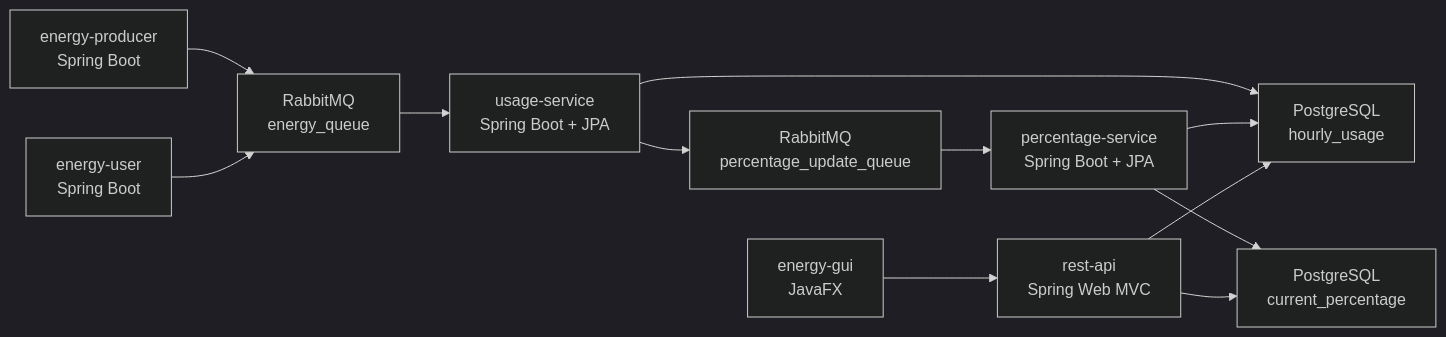
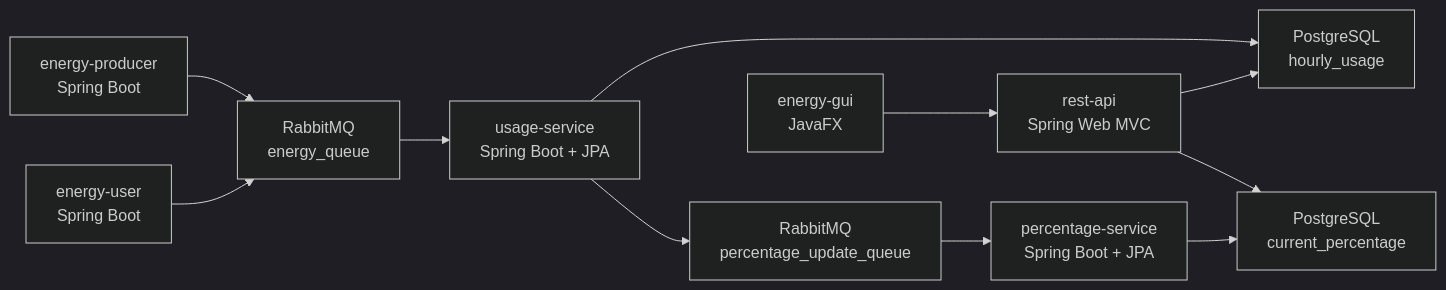
One commit to Dev02Liu/energy_community_project changed the diagram in docs/documentation-overview.md. Above: the diagram before and after it, drawn with Mermaid (dark theme). The commit also changed 16 other files, not shown here.

````diff
--- a/docs/documentation-overview.md
+++ b/docs/documentation-overview.md
@@ -7,25 +7,24 @@
 ```mermaid
 flowchart LR
     Producer["energy-producer<br/>Spring Boot"]
     User["energy-user<br/>Spring Boot"]
     EnergyQueue["RabbitMQ<br/>energy_queue"]
     Usage["usage-service<br/>Spring Boot + JPA"]
     UsageTable["PostgreSQL<br/>hourly_usage"]
     UpdateQueue["RabbitMQ<br/>percentage_update_queue"]
     Percentage["percentage-service<br/>Spring Boot + JPA"]
     PercentageTable["PostgreSQL<br/>current_percentage"]
     Api["rest-api<br/>Spring Web MVC"]
     Gui["energy-gui<br/>JavaFX"]
 
     Producer --> EnergyQueue
     User --> EnergyQueue
     EnergyQueue --> Usage
     Usage --> UsageTable
     Usage --> UpdateQueue
     UpdateQueue --> Percentage
-    Percentage --> UsageTable
     Percentage --> PercentageTable
     Api --> UsageTable
     Api --> PercentageTable
     Gui --> Api
 ```
````
